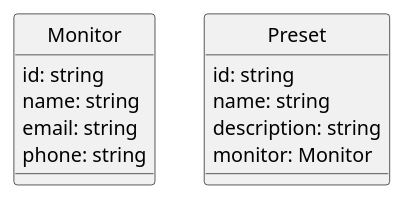
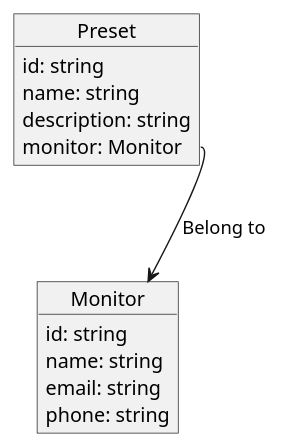
The diagram in uml/test.puml (saipepu/pitchtrack-server), drawn with PlantUML before and after one commit. The commit also changed 4 other files, not shown here.

Commit message:
socket connection & uml diagram

```diff
--- a/uml/test.puml
+++ b/uml/test.puml
@@ -1,19 +1,19 @@
 @startuml
-' testdot
-skinparam style strictuml
-skinparam DefaultFontName Arial
 
-class "Monitor" as Monitor {
+object "Monitor" as Monitor {
   id: string
   name: string
   email: string
   phone: string
 }
 
-class "Preset" as Preset {
+object "Preset" as Preset {
   id: string
   name: string
   description: string
   monitor: Monitor
 }
+
+Preset::monitor --> Monitor : Belong to
+
 @enduml
```
